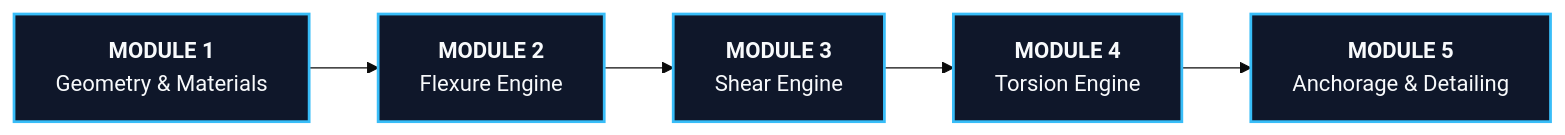
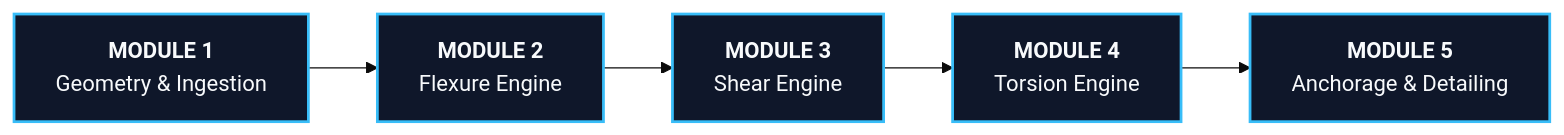
The diagram in README.md (khao-creator/BEAM_ANALYSIS_ACI318-14), drawn with Mermaid (base theme) before and after one commit. The commit also changed other lines of this file, not shown here.

````diff
--- a/README.md
+++ b/README.md
@@ -17,13 +17,13 @@
 ```mermaid
 graph LR
-    M1["<b>MODULE 1</b><br/>Geometry & Materials"] --> M2["<b>MODULE 2</b><br/>Flexure Engine"]
+    M1["<b>MODULE 1</b><br/>Geometry & Ingestion"] --> M2["<b>MODULE 2</b><br/>Flexure Engine"]
     M2 --> M3["<b>MODULE 3</b><br/>Shear Engine"]
     M3 --> M4["<b>MODULE 4</b><br/>Torsion Engine"]
     M4 --> M5["<b>MODULE 5</b><br/>Anchorage & Detailing"]
 
     style M1 fill:#0f172a,stroke:#38bdf8,stroke-width:2px,color:#f8fafc
     style M2 fill:#0f172a,stroke:#38bdf8,stroke-width:2px,color:#f8fafc
     style M3 fill:#0f172a,stroke:#38bdf8,stroke-width:2px,color:#f8fafc
     style M4 fill:#0f172a,stroke:#38bdf8,stroke-width:2px,color:#f8fafc
     style M5 fill:#0f172a,stroke:#38bdf8,stroke-width:2px,color:#f8fafc
 ```
````
